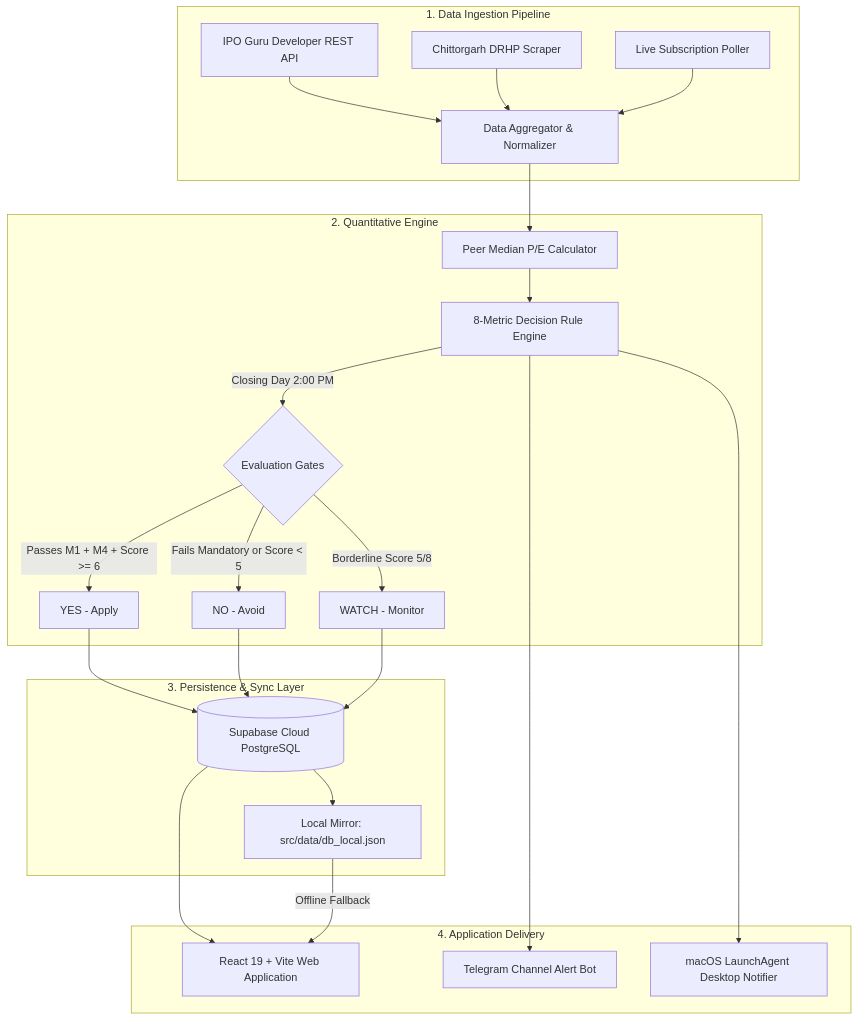
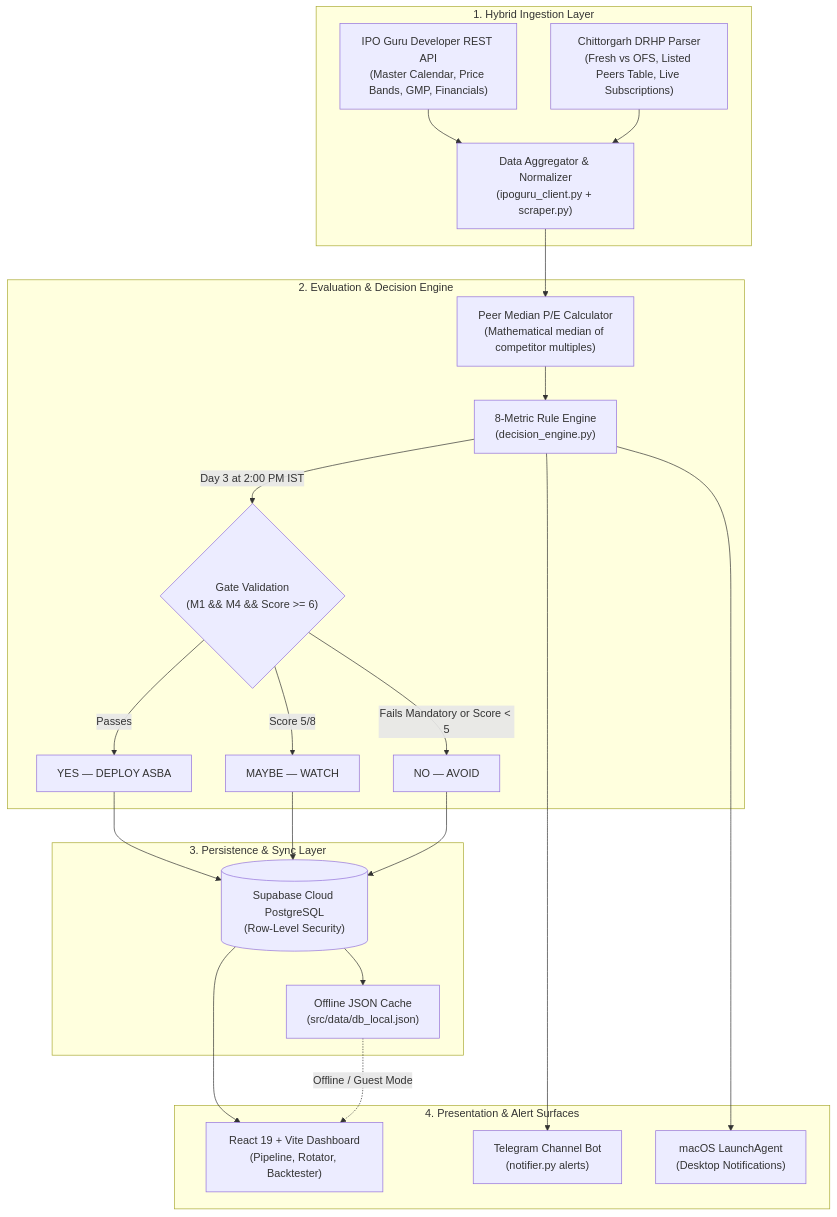
One commit to Prabhat-12/ipo-investment-tool changed the diagram in README.md. Above: the diagram before and after it, drawn with Mermaid. The commit also changed other lines of this file, not shown here.

````diff
--- a/README.md
+++ b/README.md
@@ -98,29 +95,28 @@
 ```mermaid
 flowchart TD
-    subgraph Ingestion["1. Data Ingestion Pipeline"]
-        A1[IPO Guru Developer REST API] --> C[Data Aggregator & Normalizer]
-        A2[Chittorgarh DRHP Scraper] --> C
-        A3[Live Subscription Poller] --> C
+    subgraph Ingestion["1. Hybrid Ingestion Layer"]
+        A1["IPO Guru Developer REST API<br/>(Master Calendar, Price Bands, GMP, Financials)"] --> C["Data Aggregator & Normalizer<br/>(ipoguru_client.py + scraper.py)"]
+        A2["Chittorgarh DRHP Parser<br/>(Fresh vs OFS, Listed Peers Table, Live Subscriptions)"] --> C
     end
 
-    subgraph Decision["2. Quantitative Engine"]
-        C --> D[Peer Median P/E Calculator]
-        D --> E[8-Metric Decision Rule Engine]
-        E -->|Closing Day 2:00 PM| F{Evaluation Gates}
-        F -->|Passes M1 + M4 + Score >= 6| G[YES - Apply]
-        F -->|Fails Mandatory or Score < 5| H[NO - Avoid]
-        F -->|Borderline Score 5/8| I[WATCH - Monitor]
+    subgraph Processing["2. Evaluation & Decision Engine"]
+        C --> D["Peer Median P/E Calculator<br/>(Mathematical median of competitor multiples)"]
+        D --> E["8-Metric Rule Engine<br/>(decision_engine.py)"]
+        E -->|Day 3 at 2:00 PM IST| F{"Gate Validation<br/>(M1 && M4 && Score >= 6)"}
+        F -->|Passes| G["YES — DEPLOY ASBA"]
+        F -->|Score 5/8| H["MAYBE — WATCH"]
+        F -->|Fails Mandatory or Score < 5| I["NO — AVOID"]
     end
 
-    subgraph Storage["3. Persistence & Sync Layer"]
-        G & H & I --> J[(Supabase Cloud PostgreSQL)]
-        J --> K[Local Mirror: src/data/db_local.json]
+    subgraph Persistence["3. Persistence & Sync Layer"]
+        G & H & I --> J[("Supabase Cloud PostgreSQL<br/>(Row-Level Security)")]
+        J --> K["Offline JSON Cache<br/>(src/data/db_local.json)"]
     end
 
-    subgraph Clients["4. Application Delivery"]
-        J --> L[React 19 + Vite Web Application]
-        K -->|Offline Fallback| L
-        E --> M[Telegram Channel Alert Bot]
-        E --> N[macOS LaunchAgent Desktop Notifier]
+    subgraph Presentation["4. Presentation & Alert Surfaces"]
+        J --> L["React 19 + Vite Dashboard<br/>(Pipeline, Rotator, Backtester)"]
+        K -.->|Offline / Guest Mode| L
+        E --> M["Telegram Channel Bot<br/>(notifier.py alerts)"]
+        E --> N["macOS LaunchAgent<br/>(Desktop Notifications)"]
     end
 ```
````
